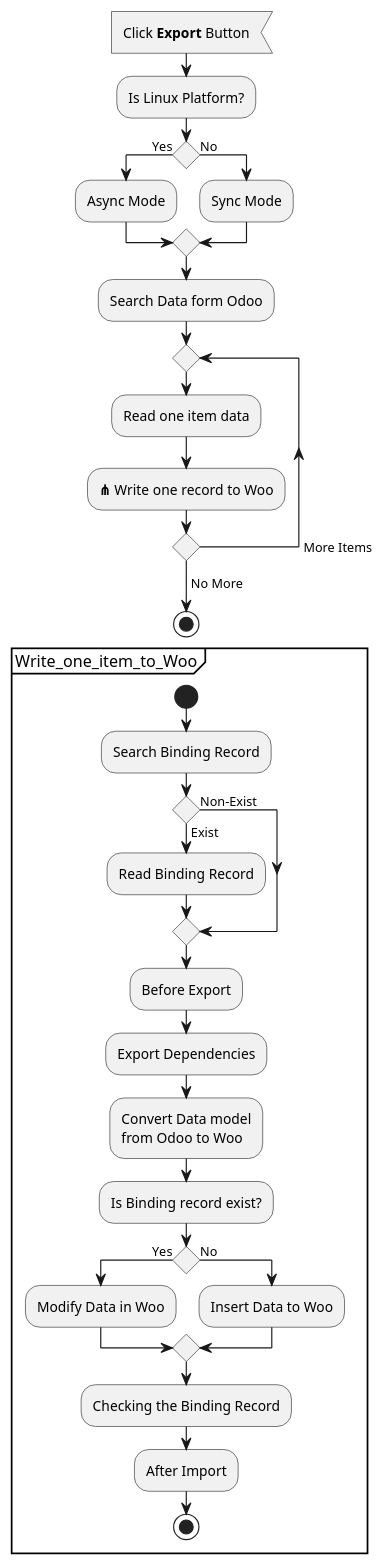
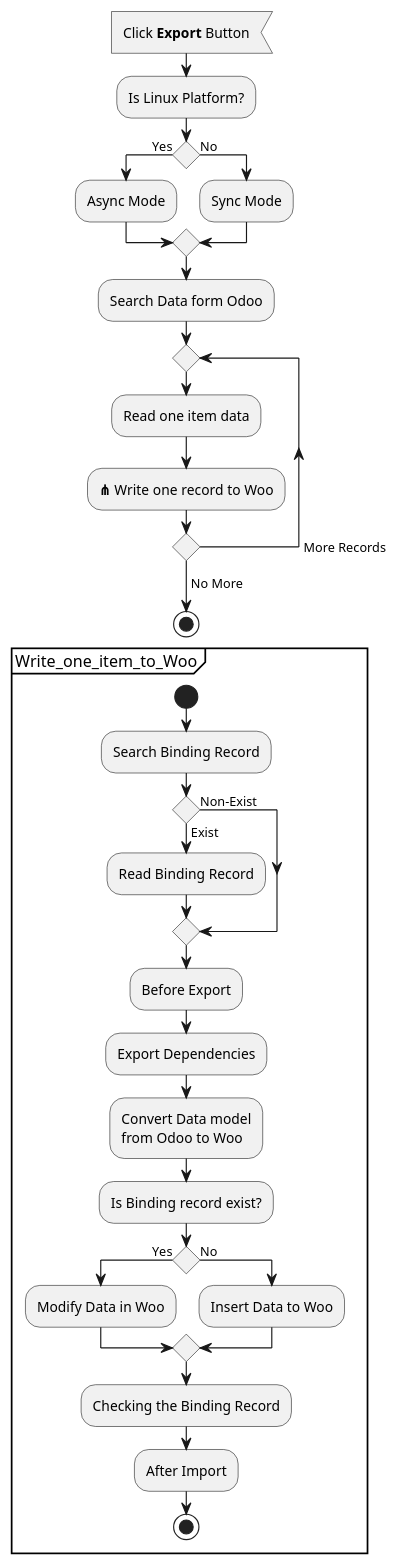
Before and after one commit to mcmx/connector-woocommerce: the diagram in connector_woocommerce/doc/activity_export.puml, drawn with PlantUML. The commit also changed 1 other file, not shown here.

```diff
--- a/connector_woocommerce/doc/activity_export.puml
+++ b/connector_woocommerce/doc/activity_export.puml
@@ -1,37 +1,37 @@
 @startuml
 :Click **Export** Button<
 :Is Linux Platform?;
 if () then (Yes)
   :Async Mode;
 else (No)
   :Sync Mode;
 endif
 :Search Data form Odoo;
 repeat
 :Read one item data;
 :**⋔** Write one record to Woo;
-repeat while -> More Items
+repeat while -> More Records
 ->No More;
 stop
 
 partition Write_one_item_to_Woo {
   start
   :Search Binding Record;
   if () then (Exist)
     :Read Binding Record;
   else (Non-Exist)
   endif
   :Before Export;
   :Export Dependencies;
   :Convert Data model\nfrom Odoo to Woo;
   :Is Binding record exist?;
   if () then (Yes)
     :Modify Data in Woo;
   else (No)
     :Insert Data to Woo;
   endif
   :Checking the Binding Record;
   :After Import;
   stop
 }
 @enduml
```
